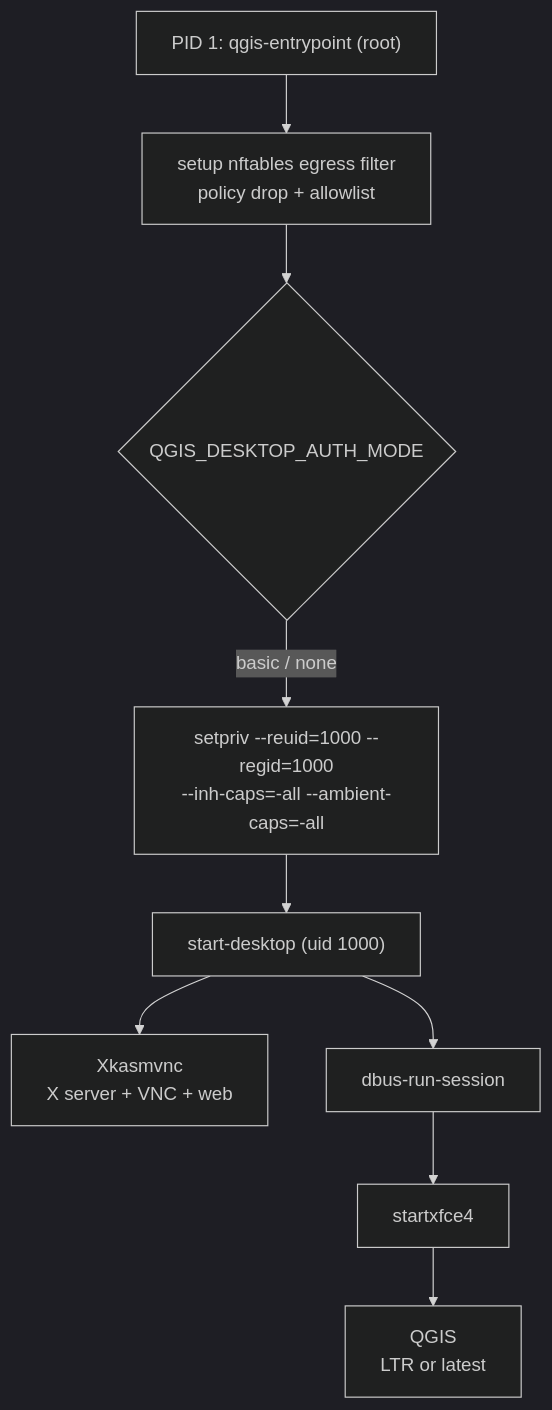
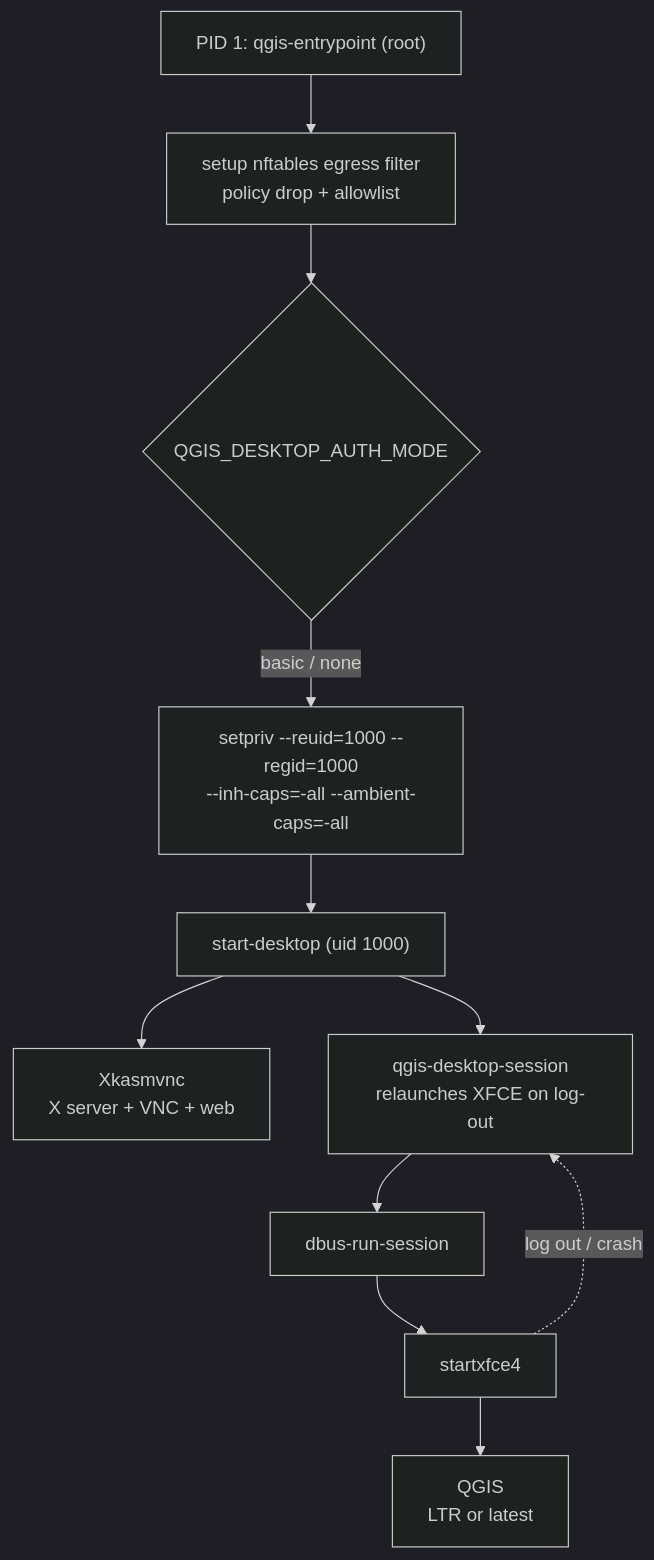
The first of 3 diagrams in docs/developer-guide/architecture.md (kartoza/qgis-desktop-docker), drawn with Mermaid (dark theme) before and after one commit. The commit also changed other lines of this file and 5 other files, not shown here.

````diff
--- a/docs/developer-guide/architecture.md
+++ b/docs/developer-guide/architecture.md
@@ -18,17 +18,19 @@
 ```mermaid
 graph TD
     PID1["PID 1: qgis-entrypoint (root)"]
     NFT["setup nftables egress filter<br/>policy drop + allowlist"]
     MODE{"QGIS_DESKTOP_AUTH_MODE"}
     SETPRIV["setpriv --reuid=1000 --regid=1000<br/>--inh-caps=-all --ambient-caps=-all"]
     START["start-desktop (uid 1000)"]
     XKASM["Xkasmvnc<br/>X server + VNC + web"]
+    SUP["qgis-desktop-session<br/>relaunches XFCE on log-out"]
     DBUS["dbus-run-session"]
     XFCE["startxfce4"]
     QGIS["QGIS<br/>LTR or latest"]
 
     PID1 --> NFT --> MODE
     MODE -->|"basic / none"| SETPRIV --> START
     START --> XKASM
-    START --> DBUS --> XFCE --> QGIS
+    START --> SUP --> DBUS --> XFCE --> QGIS
+    XFCE -.->|"log out / crash"| SUP
 ```
````
